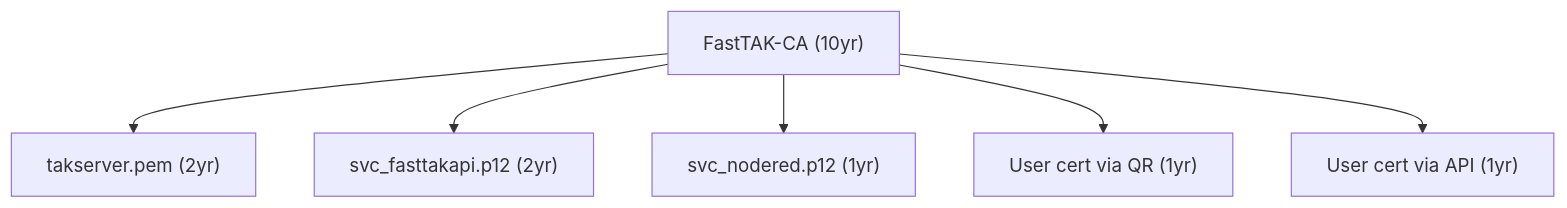
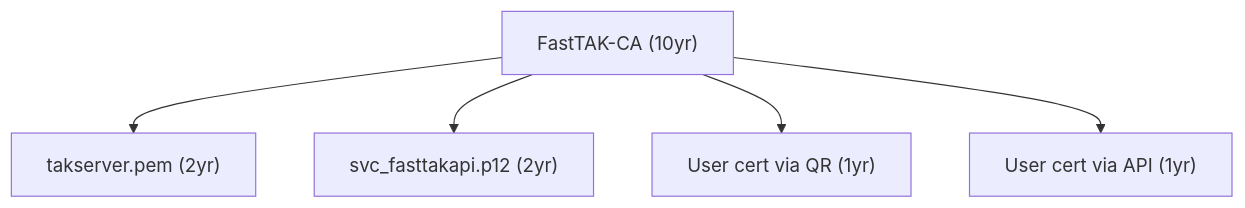
The first of 3 diagrams in docs/certificates.md (pounde/FastTAK), drawn with Mermaid before and after one commit. The commit also changed other lines of this file and 2 other files, not shown here.

````diff
--- a/docs/certificates.md
+++ b/docs/certificates.md
@@ -55,8 +57,7 @@
 ```mermaid
 graph TD
     CA["FastTAK-CA (10yr)"] --> Server["takserver.pem (2yr)"]
     CA --> SvcAdmin["svc_fasttakapi.p12 (2yr)"]
-    CA --> SvcData["svc_nodered.p12 (1yr)"]
     CA --> UserQR["User cert via QR (1yr)"]
     CA --> UserManual["User cert via API (1yr)"]
 ```
````
